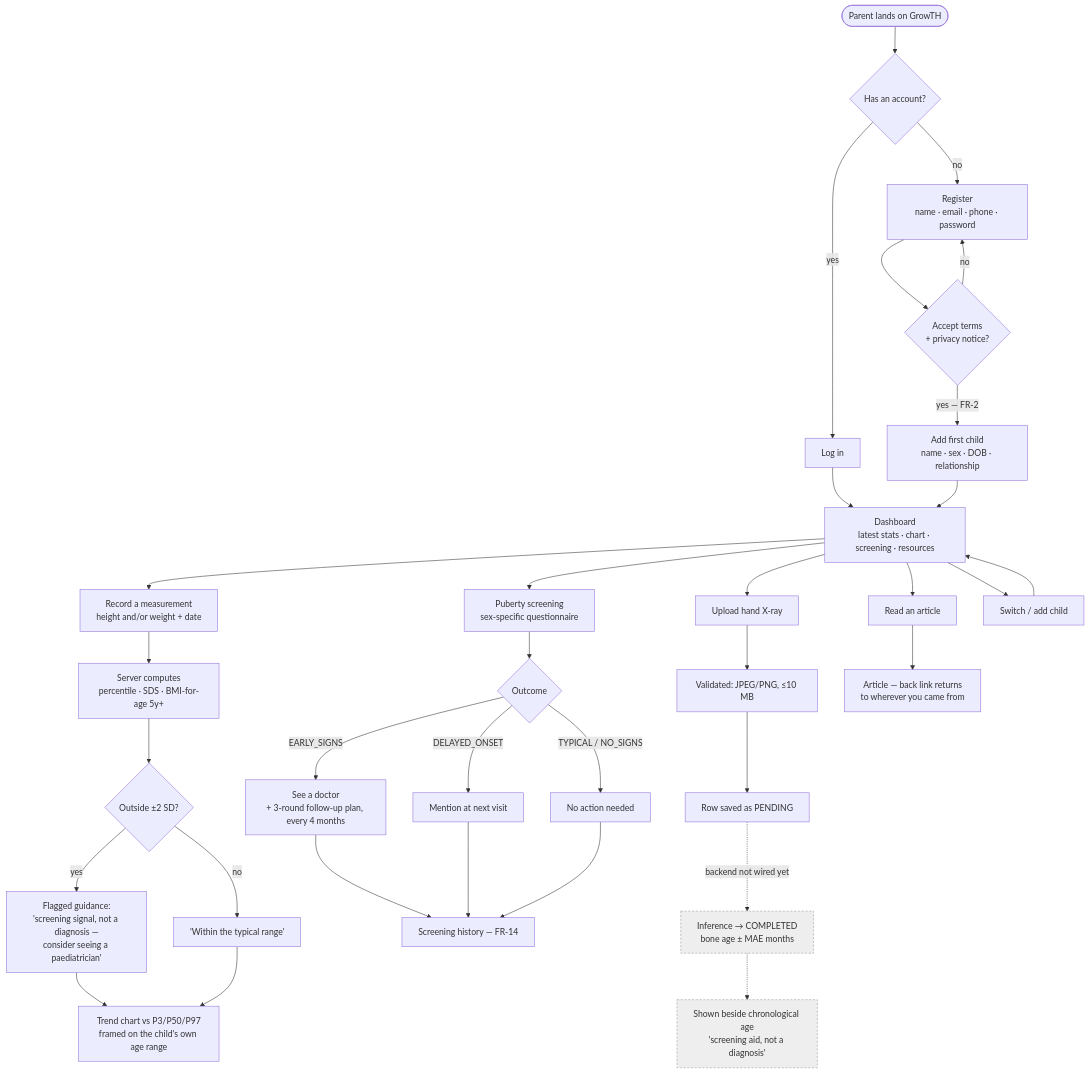
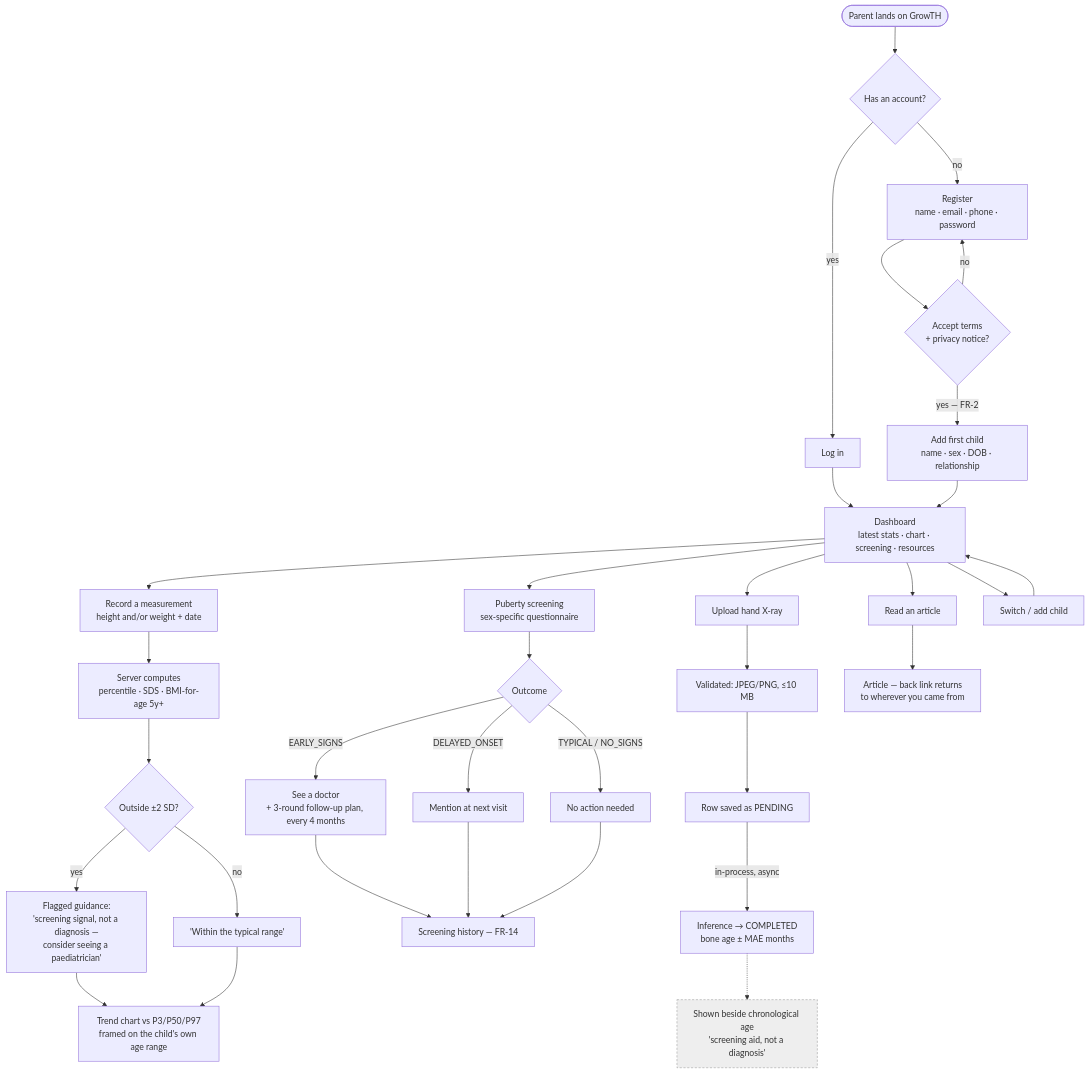
Before and after one commit to growthadminsupport-lang/studio5-beta: the third of 3 diagrams in docs/diagrams.md, drawn with Mermaid. The commit also changed other lines of this file and 18 other files, not shown here.

First line of the commit message:
Run bone-age inference in the backend so the demo works end to end

````diff
--- a/docs/diagrams.md
+++ b/docs/diagrams.md
@@ -155,43 +158,43 @@
 ```mermaid
 flowchart TD
     START([Parent lands on GrowTH]) --> SEEN{"Has an account?"}
     SEEN -->|no| REG["Register<br/>name · email · phone · password"]
     REG --> TERMS{"Accept terms<br/>+ privacy notice?"}
     TERMS -->|no| REG
     TERMS -->|"yes — FR-2"| ADD["Add first child<br/>name · sex · DOB · relationship"]
     SEEN -->|yes| LOGIN["Log in"]
     LOGIN --> DASH
     ADD --> DASH["Dashboard<br/>latest stats · chart · screening · resources"]
 
     DASH --> A["Record a measurement<br/>height and/or weight + date"]
     DASH --> B["Puberty screening<br/>sex-specific questionnaire"]
     DASH --> C["Upload hand X-ray"]
     DASH --> D["Read an article"]
     DASH --> E["Switch / add child"]
 
     A --> A1["Server computes<br/>percentile · SDS · BMI-for-age 5y+"]
     A1 --> A2{"Outside ±2 SD?"}
     A2 -->|yes| A3["Flagged guidance:<br/>'screening signal, not a diagnosis —<br/>consider seeing a paediatrician'"]
     A2 -->|no| A4["'Within the typical range'"]
     A3 --> CHART["Trend chart vs P3/P50/P97<br/>framed on the child's own age range"]
     A4 --> CHART
 
     B --> B1{"Outcome"}
     B1 -->|EARLY_SIGNS| B2["See a doctor<br/>+ 3-round follow-up plan, every 4 months"]
     B1 -->|DELAYED_ONSET| B3["Mention at next visit"]
     B1 -->|"TYPICAL / NO_SIGNS"| B4["No action needed"]
     B2 --> BHIST["Screening history — FR-14"]
     B3 --> BHIST
     B4 --> BHIST
 
     C --> C1["Validated: JPEG/PNG, ≤10 MB"]
     C1 --> C2["Row saved as PENDING"]
-    C2 -.->|"backend not wired yet"| C3["Inference → COMPLETED<br/>bone age ± MAE months"]
+    C2 -->|"in-process, async"| C3["Inference → COMPLETED<br/>bone age ± MAE months"]
     C3 -.-> C4["Shown beside chronological age<br/>'screening aid, not a diagnosis'"]
 
     E --> DASH
     D --> D1["Article — back link returns<br/>to wherever you came from"]
 
     classDef gap fill:#eee,stroke:#999,stroke-dasharray: 4 3
-    class C3,C4 gap
+    class C4 gap
 ```
````
